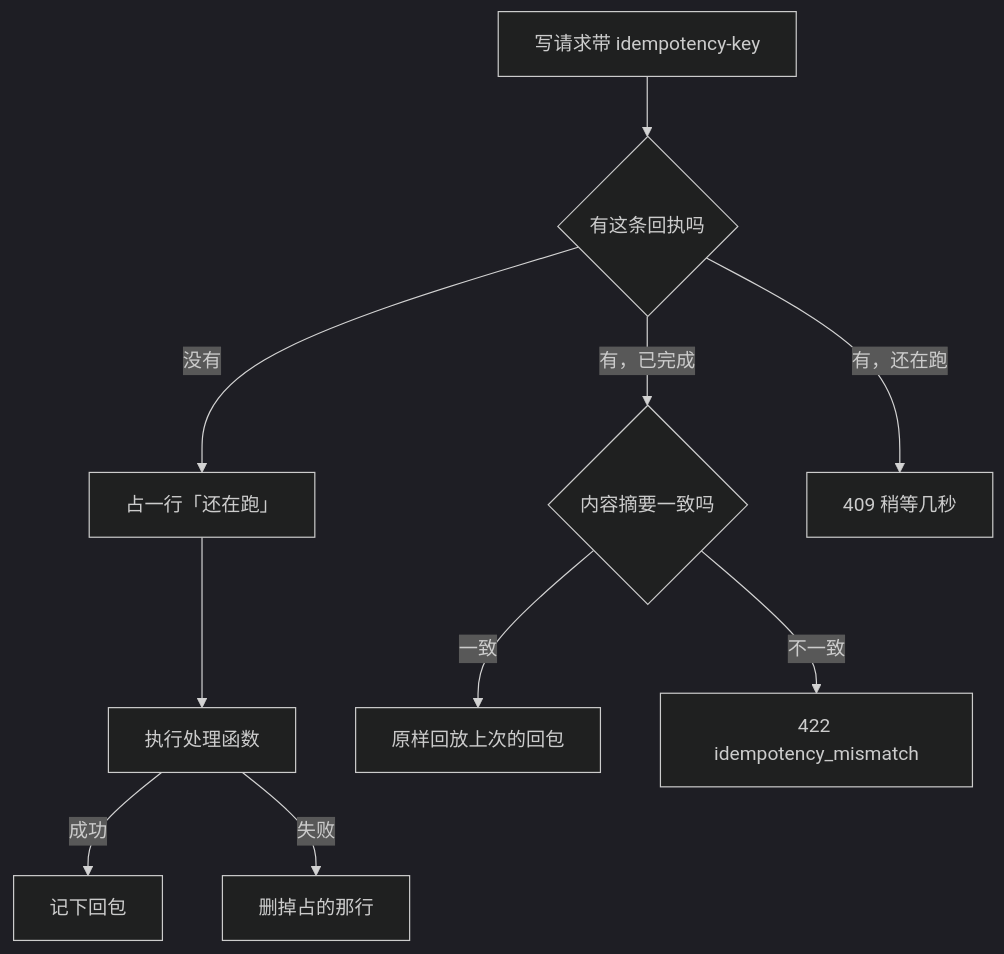
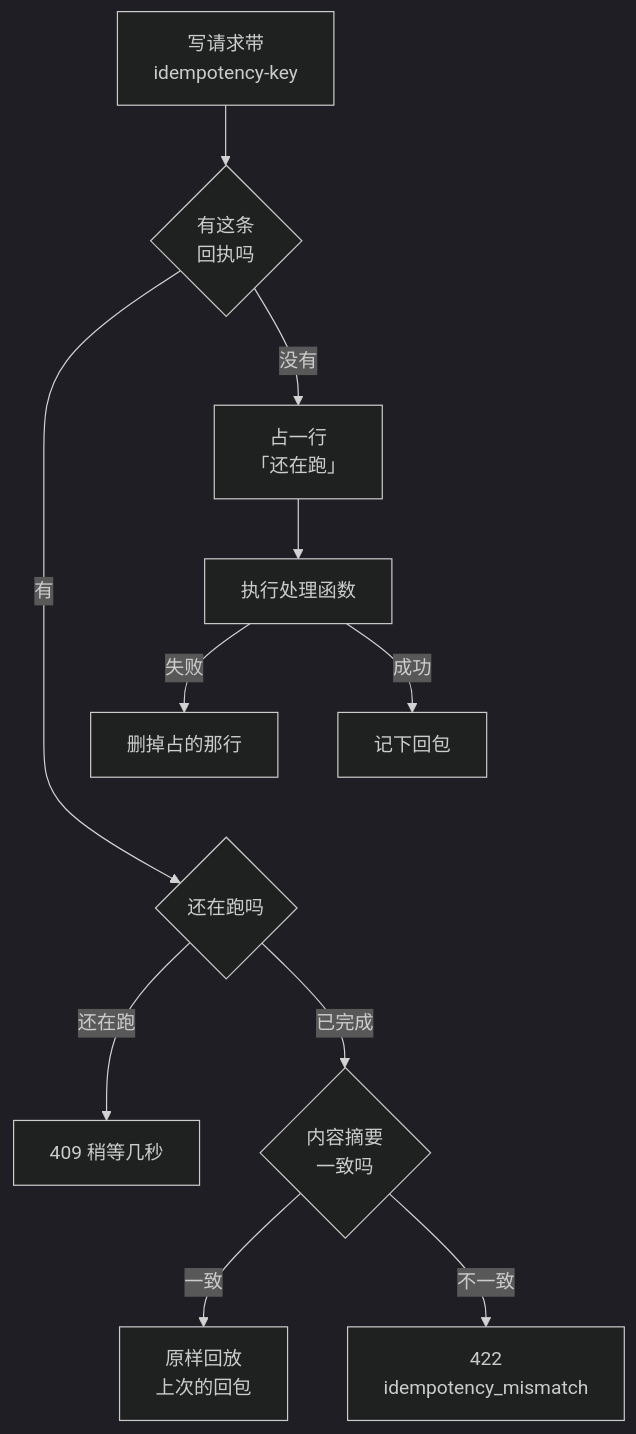
The diagram in books/nestjs-backend/03-guards-interceptors-pipes.md (jarvis-pro/hatch-shelf), drawn with Mermaid (dark theme) before and after one commit. The commit also changed 432 other files, not shown here.

````diff
--- a/books/nestjs-backend/03-guards-interceptors-pipes.md
+++ b/books/nestjs-backend/03-guards-interceptors-pipes.md
@@ -196,12 +196,14 @@
 ```mermaid
 flowchart TD
-  A[写请求带 idempotency-key] --> B{有这条回执吗}
-  B -- 没有 --> C[占一行「还在跑」]
+  A["写请求带<br/>idempotency-key"] --> B{"有这条<br/>回执吗"}
+  B -- 没有 --> C["占一行<br/>「还在跑」"]
   C --> D[执行处理函数]
   D -- 成功 --> E[记下回包]
-  D -- 失败 --> F[删掉占的那行]
-  B -- 有，已完成 --> G{内容摘要一致吗}
-  G -- 一致 --> H[原样回放上次的回包]
-  G -- 不一致 --> I[422 idempotency_mismatch]
-  B -- 有，还在跑 --> J["409 稍等几秒"]
+  D -- 失败 --> F["删掉占的那行"]
+  B -- 有 --> K{"还在跑吗"}
+  K -- 还在跑 --> J["409 稍等几秒"]
+  K -- 已完成 --> G{"内容摘要<br/>一致吗"}
+  G -- 一致 --> H["原样回放<br/>上次的回包"]
+  G -- 不一致 --> I["422<br/>idempotency_mismatch"]
+  E ~~~ K
 ```
````
